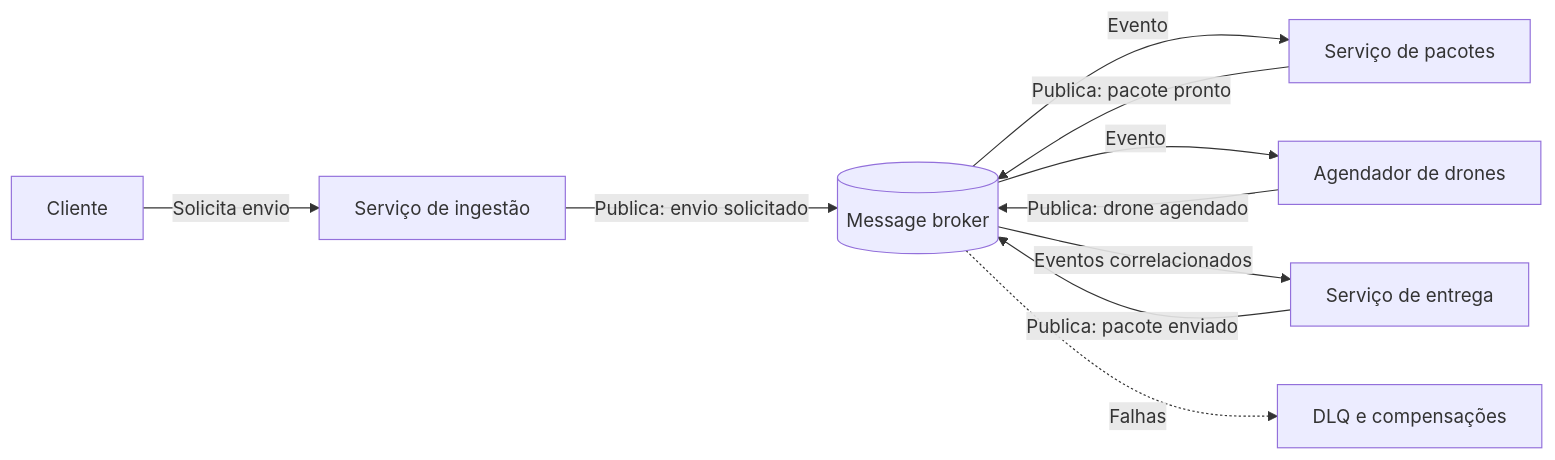
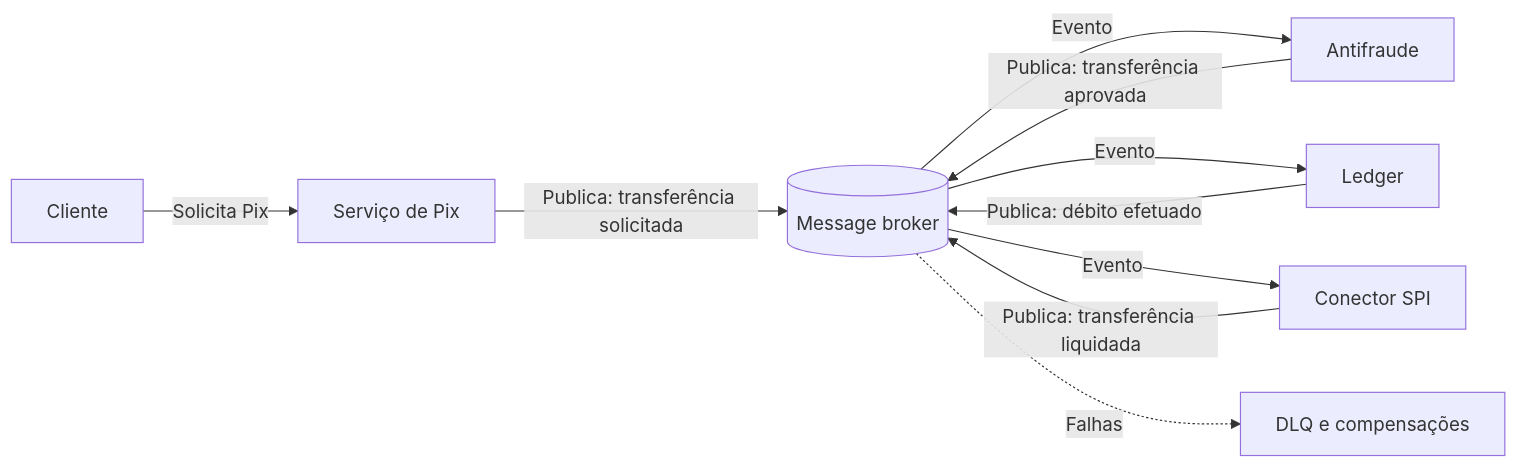
One commit to alancesar/design-patterns changed the diagram in docs/architecture/cloud-design-patterns/distributed-coordination/choreography.md. Above: the diagram before and after it, drawn with Mermaid. The commit also changed other lines of this file and 13 other files, not shown here.

Commit message:
Switch cloud-design-patterns concrete diagrams to fintech scenarios

````diff
--- a/docs/architecture/cloud-design-patterns/distributed-coordination/choreography.md
+++ b/docs/architecture/cloud-design-patterns/distributed-coordination/choreography.md
@@ -63,12 +63,12 @@
 ```mermaid
 flowchart LR
-    C["Cliente"] -->|"Solicita envio"| I["Serviço de ingestão"]
-    I -->|"Publica: envio solicitado"| B[("Message broker")]
-    B -->|"Evento"| P["Serviço de pacotes"]
-    B -->|"Evento"| D["Agendador de drones"]
-    P -->|"Publica: pacote pronto"| B
-    D -->|"Publica: drone agendado"| B
-    B -->|"Eventos correlacionados"| E["Serviço de entrega"]
-    E -->|"Publica: pacote enviado"| B
+    C["Cliente"] -->|"Solicita Pix"| I["Serviço de Pix"]
+    I -->|"Publica: transferência solicitada"| B[("Message broker")]
+    B -->|"Evento"| F["Antifraude"]
+    F -->|"Publica: transferência aprovada"| B
+    B -->|"Evento"| L["Ledger"]
+    L -->|"Publica: débito efetuado"| B
+    B -->|"Evento"| K["Conector SPI"]
+    K -->|"Publica: transferência liquidada"| B
     B -.->|"Falhas"| Q["DLQ e compensações"]
 ```
````
